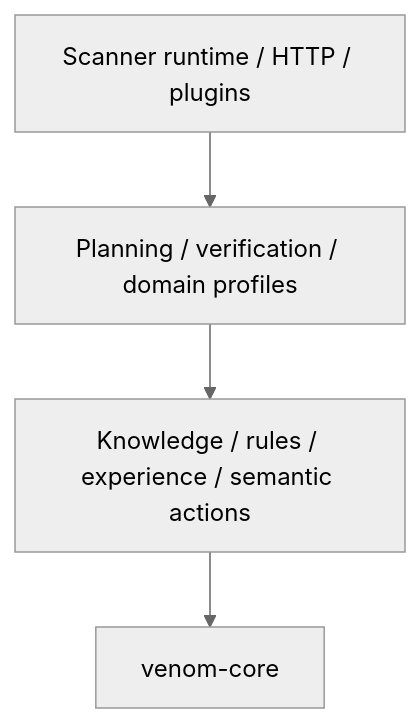
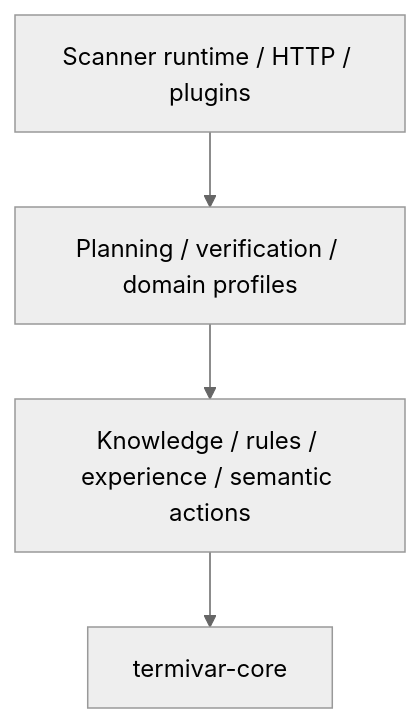
The fourth of 4 diagrams in docs/architecture.md (ITherso/termivar), drawn with Mermaid (neutral theme) before and after one commit. The commit also changed other lines of this file and 65 other files, not shown here.

````diff
--- a/docs/architecture.md
+++ b/docs/architecture.md
@@ -229,6 +229,6 @@
 ```mermaid
 flowchart TD
     Runtime["Scanner runtime / HTTP / plugins"] --> PlanVerify["Planning / verification / domain profiles"]
     PlanVerify --> Contracts["Knowledge / rules / experience / semantic actions"]
-    Contracts --> Core["venom-core"]
+    Contracts --> Core["termivar-core"]
 ```
````
